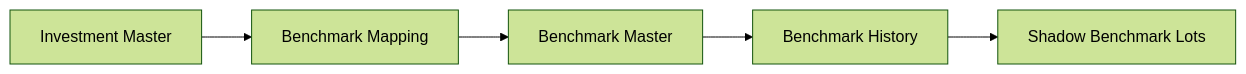
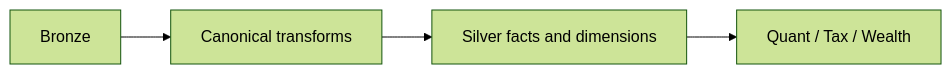
One commit to tks18/personal-finance-etl changed the first of 2 diagrams in docs/reference/silver-data-contracts.md. Above: the diagram before and after it, drawn with Mermaid (forest theme). The commit also changed other lines of this file, not shown here.

Commit message:
docs: update docs/reference/silver-contracts

````diff
--- a/docs/reference/silver-data-contracts.md
+++ b/docs/reference/silver-data-contracts.md
@@ -271,7 +5,4 @@
 ```mermaid
 flowchart LR
-    INV["Investment Master"] --> MAP["Benchmark Mapping"]
-    MAP --> BM["Benchmark Master"]
-    BM --> HIST["Benchmark History"]
-    HIST --> SHADOW["Shadow Benchmark Lots"]
+A["Bronze"] --> B["Canonical transforms"] --> C["Silver facts and dimensions"] --> D["Quant / Tax / Wealth"]
 ```
````
